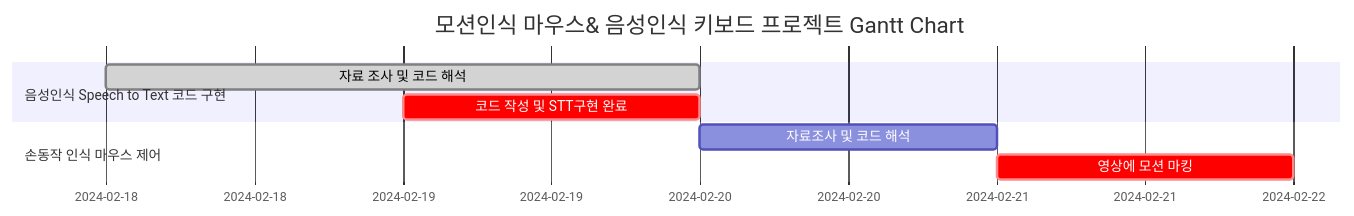
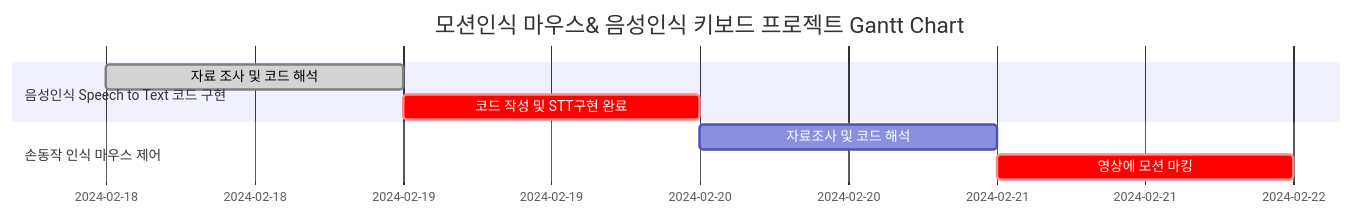
The diagram in README.md (CodeMystero/motionKeyboardMouse), drawn with Mermaid before and after one commit.

````diff
--- a/README.md
+++ b/README.md
@@ -40,13 +40,13 @@
 ```mermaid
 gantt
     dateFormat  MM-DD-YYYY
     title       모션인식 마우스& 음성인식 키보드 프로젝트 Gantt Chart
 	
 	section 음성인식 Speech to Text 코드 구현
-		자료 조사 및 코드 해석 :done, 2024-02-18, 2d
+		자료 조사 및 코드 해석 :done, 2024-02-18, 1d
                 코드 작성 및 STT구현 완료  :crit, 2024-02-19, 1d
 	
 	section 손동작 인식 마우스 제어
 		자료조사 및 코드 해석	: 2024-02-20, 1d
                 영상에 모션 마킹  :crit, 2024-02-21, 1d
 ```
````
